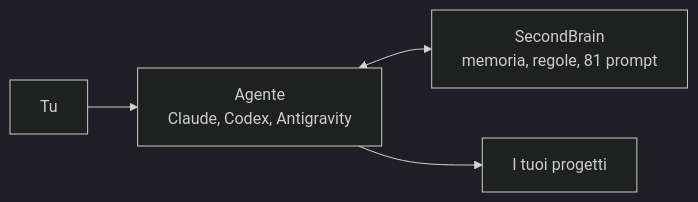
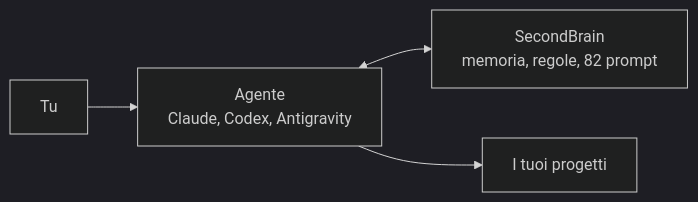
One commit to dennidalpos/secondbrain changed the first of 2 diagrams in README.md. Above: the diagram before and after it, drawn with Mermaid (dark theme). The commit also changed other lines of this file and 33 other files, not shown here.

````diff
--- a/README.md
+++ b/README.md
@@ -9,6 +9,6 @@
 ```mermaid
 flowchart LR
     T["Tu"] --> A["Agente<br/>Claude, Codex, Antigravity"]
-    A <--> S["SecondBrain<br/>memoria, regole, 81 prompt"]
+    A <--> S["SecondBrain<br/>memoria, regole, 82 prompt"]
     A --> P["I tuoi progetti"]
 ```
````
